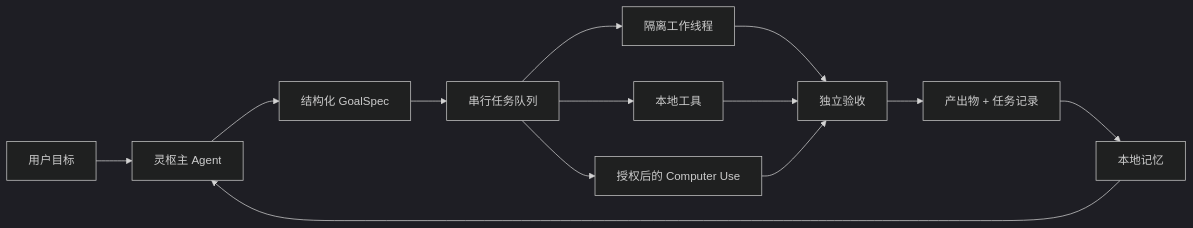
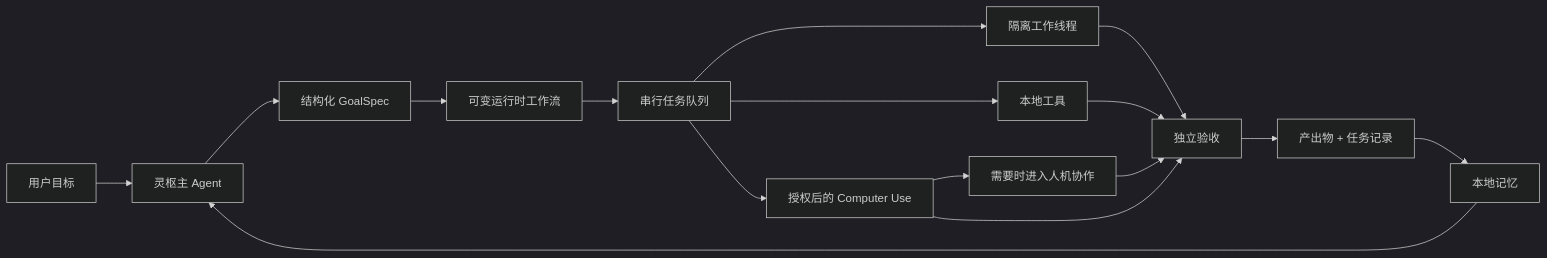
Before and after one commit to RoyZhao1991/LingShu: the diagram in README.zh-CN.md, drawn with Mermaid (dark theme). The commit also changed other lines of this file and 50 other files, not shown here.

````diff
--- a/README.zh-CN.md
+++ b/README.zh-CN.md
@@ -70,15 +71,18 @@
 ```mermaid
 flowchart LR
     U["用户目标"] --> B["灵枢主 Agent"]
     B --> G["结构化 GoalSpec"]
-    G --> Q["串行任务队列"]
+    G --> R["可变运行时工作流"]
+    R --> Q["串行任务队列"]
     Q --> W1["隔离工作线程"]
     Q --> W2["本地工具"]
     Q --> W3["授权后的 Computer Use"]
+    W3 --> H["需要时进入人机协作"]
+    H --> V["独立验收"]
     W1 --> V["独立验收"]
     W2 --> V
     W3 --> V
     V --> A["产出物 + 任务记录"]
     A --> M["本地记忆"]
     M --> B
 ```
````
